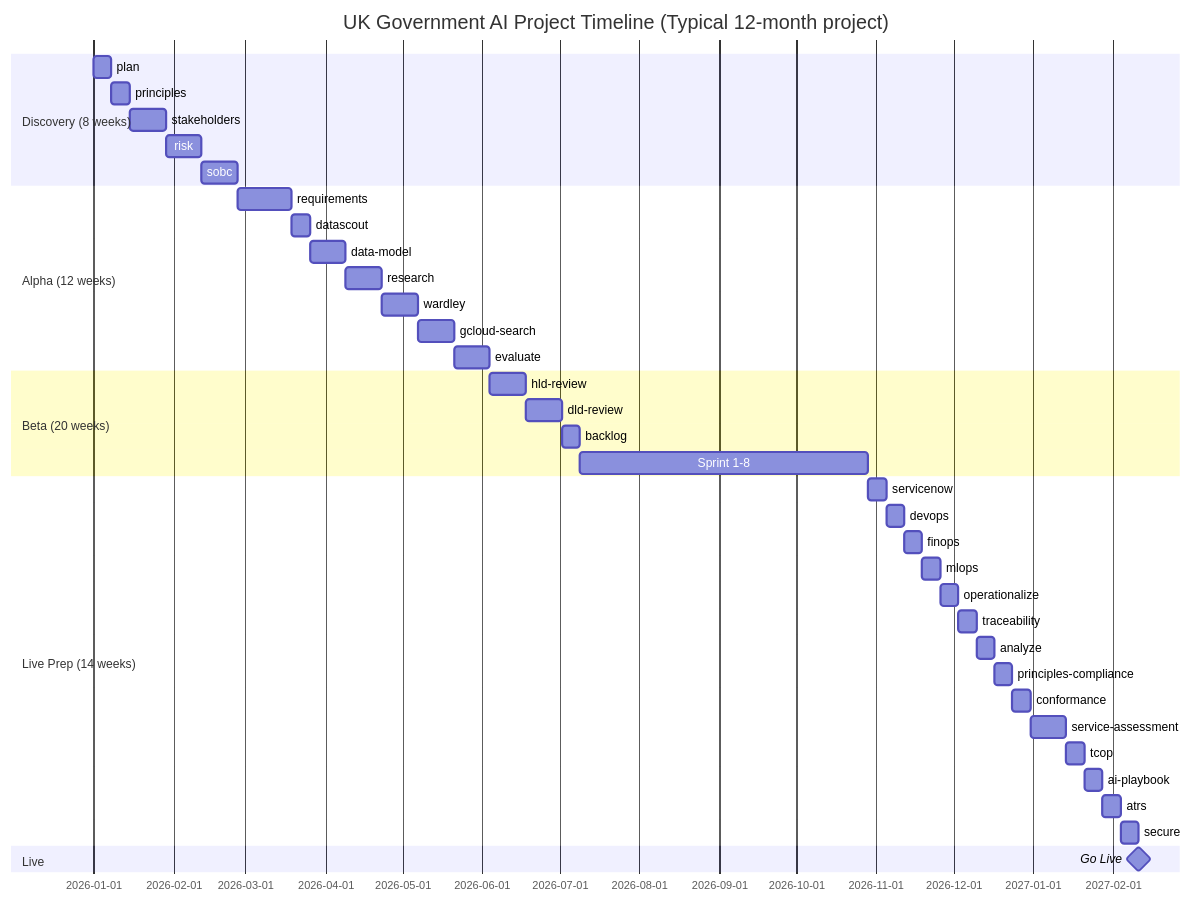
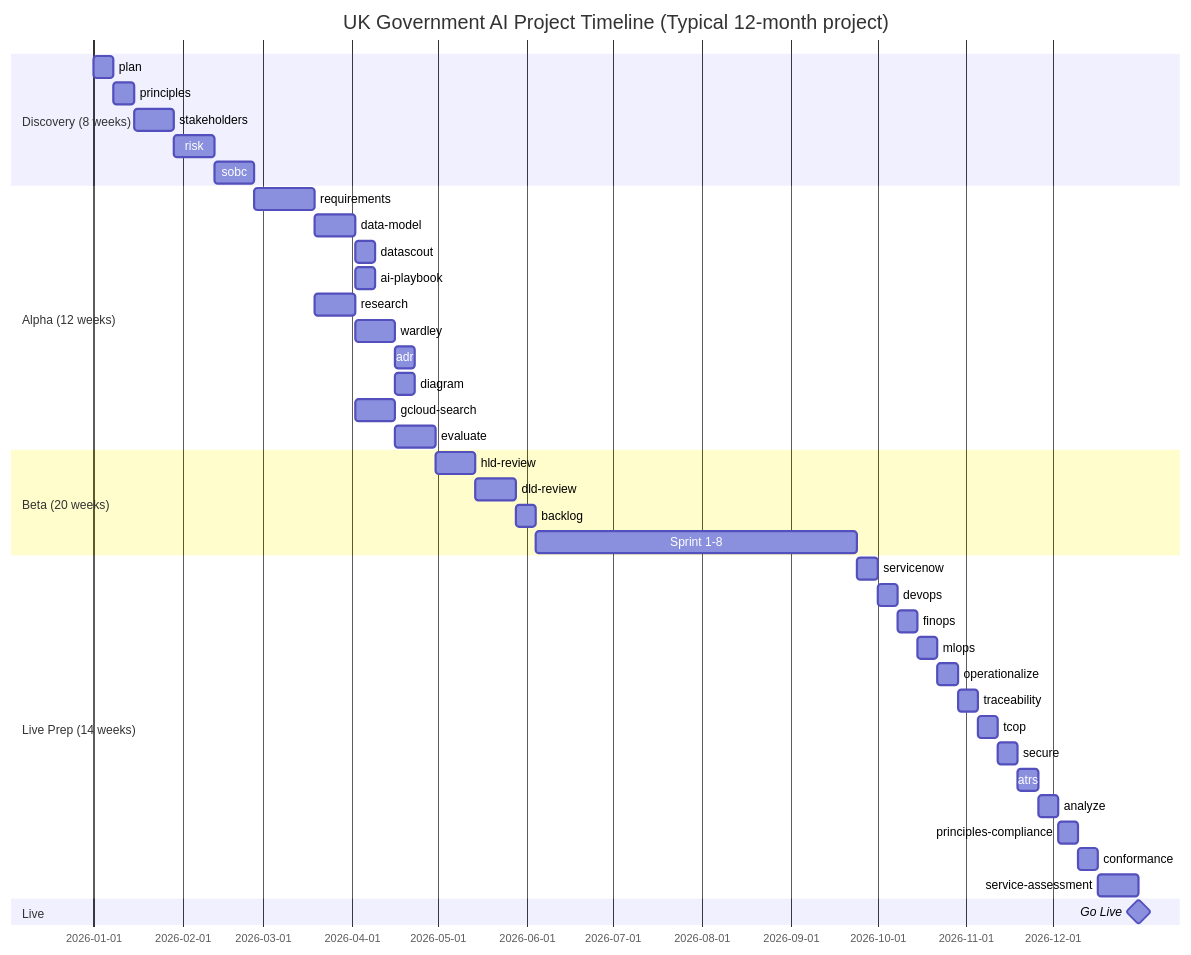
Diagram 11 of 14 in docs/WORKFLOW-DIAGRAMS.md (tractorjuice/arc-kit), drawn with Mermaid before and after one commit. The commit also changed other lines of this file, not shown here.

First line of the commit message:
docs: redraw WORKFLOW-DIAGRAMS.md from the dependency data

````diff
--- a/docs/WORKFLOW-DIAGRAMS.md
+++ b/docs/WORKFLOW-DIAGRAMS.md
@@ -941,41 +1214,43 @@
 ```mermaid
 gantt
     title UK Government AI Project Timeline (Typical 12-month project)
     dateFormat YYYY-MM-DD
     section Discovery (8 weeks)
     plan                    :a1, 2026-01-01, 1w
     principles              :a2, after a1, 1w
     stakeholders            :a3, after a2, 2w
     risk                    :a4, after a3, 2w
     sobc                    :a5, after a4, 2w
     section Alpha (12 weeks)
     requirements            :b1, after a5, 3w
-    datascout               :b1a, after b1, 1w
-    data-model              :b2, after b1a, 2w
-    research                :b3, after b2, 2w
+    data-model              :b2, after b1, 2w
+    datascout               :b2a, after b2, 1w
+    ai-playbook             :b2b, after b2, 1w
+    research                :b3, after b1, 2w
     wardley                 :b4, after b3, 2w
-    gcloud-search           :b5, after b4, 2w
+    adr                     :b4a, after b4, 1w
+    diagram                 :b4b, after b4, 1w
+    gcloud-search           :b5, after b3, 2w
     evaluate                :b6, after b5, 2w
     section Beta (20 weeks)
     hld-review              :c1, after b6, 2w
     dld-review              :c2, after c1, 2w
     backlog                 :c3, after c2, 1w
     Sprint 1-8              :c4, after c3, 16w
     section Live Prep (14 weeks)
     servicenow              :d1, after c4, 1w
     devops                  :d1a, after d1, 1w
     finops                  :d1b, after d1a, 1w
     mlops                   :d1c, after d1b, 1w
     operationalize          :d1d, after d1c, 1w
     traceability            :d2, after d1d, 1w
-    analyze                 :d3, after d2, 1w
-    principles-compliance   :d3a, after d3, 1w
-    conformance             :d3b, after d3a, 1w
-    service-assessment      :d4, after d3b, 2w
-    tcop                    :d5, after d4, 1w
-    ai-playbook             :d6, after d5, 1w
-    atrs                    :d7, after d6, 1w
-    secure                  :d8, after d7, 1w
+    tcop                    :d3, after d2, 1w
+    secure                  :d3a, after d3, 1w
+    atrs                    :d3b, after d3a, 1w
+    analyze                 :d3c, after d3b, 1w
+    principles-compliance   :d3d, after d3c, 1w
+    conformance             :d3e, after d3d, 1w
+    service-assessment      :d4, after d3e, 2w
     section Live
-    Go Live                 :milestone, after d8, 0d
+    Go Live                 :milestone, after d4, 0d
 ```
````
